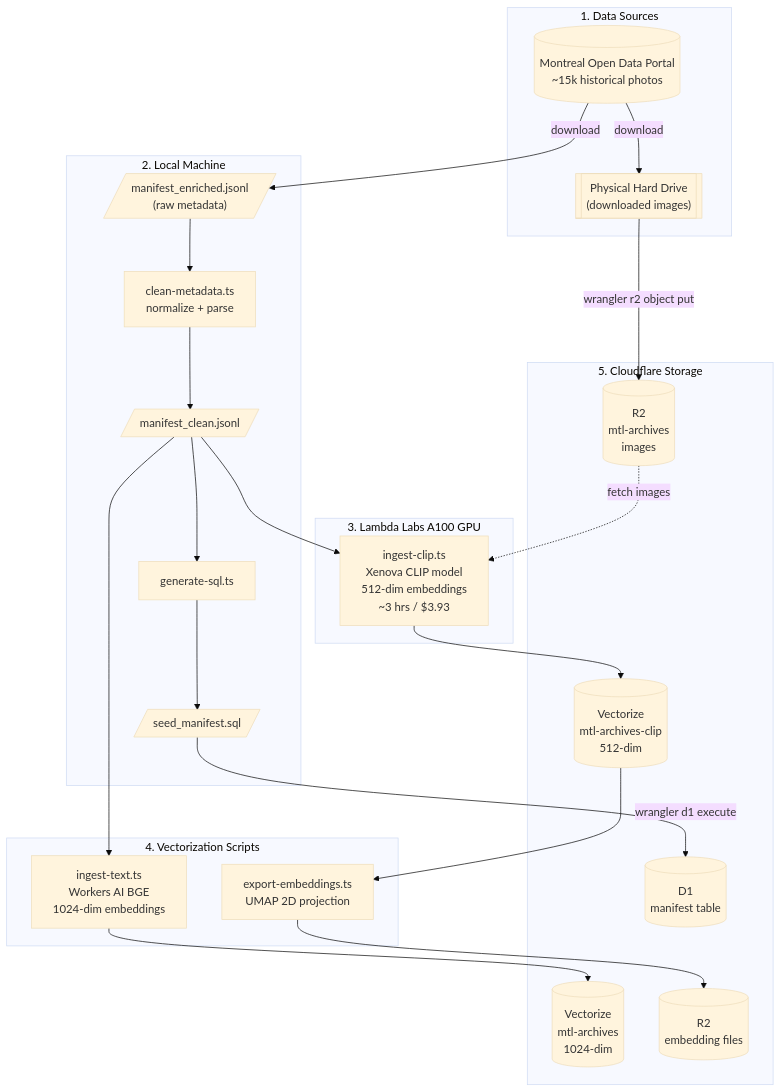
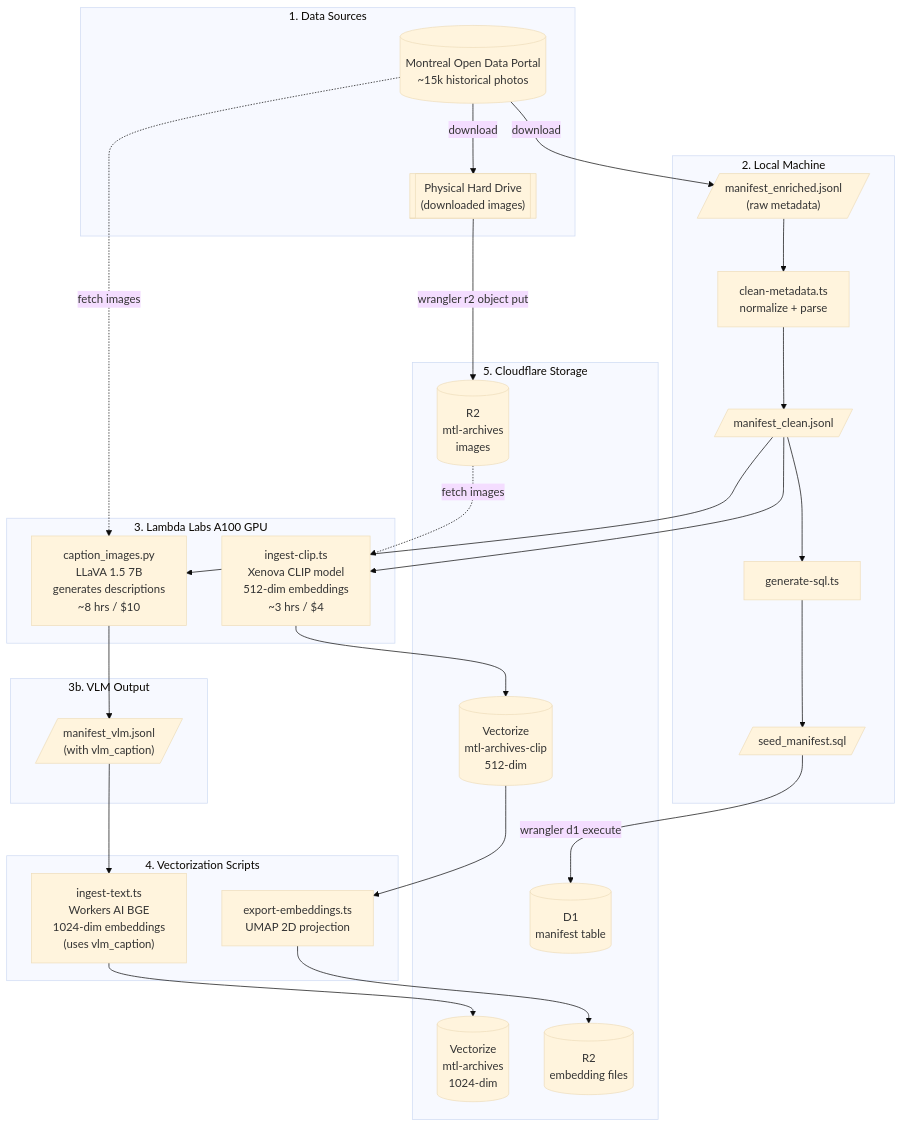
One commit to zouantchaw/mtl-archives-search changed the diagram in docs/architecture.mmd. Above: the diagram before and after it, drawn with Mermaid (base theme). The commit also changed 1 other file, not shown here.

Commit message:
Add VLM captioning for generating descriptions

```diff
--- a/docs/architecture.mmd
+++ b/docs/architecture.mmd
@@ -1,56 +1,68 @@
 %% MTL Archives Search - System Architecture
 %% Render each section separately in a Mermaid viewer
 
 %% ============================================
 %% DIAGRAM 1: ONE-TIME DATA PIPELINE
 %% ============================================
 %% Copy from "flowchart TB" to the "---" separator
 
 flowchart TB
     subgraph Sources["1. Data Sources"]
         PORTAL[("Montreal Open Data Portal<br/>~15k historical photos")]
         HDD[["Physical Hard Drive<br/>(downloaded images)"]]
     end
 
     subgraph LocalMachine["2. Local Machine"]
         MANIFEST[/"manifest_enriched.jsonl<br/>(raw metadata)"/]
         CLEAN["clean-metadata.ts<br/>normalize + parse"]
         MANIFEST_CLEAN[/"manifest_clean.jsonl"/]
         GENSQL["generate-sql.ts"]
         SEED_SQL[/"seed_manifest.sql"/]
     end
 
     subgraph GPU["3. Lambda Labs A100 GPU"]
-        CLIP_INGEST["ingest-clip.ts<br/>Xenova CLIP model<br/>512-dim embeddings<br/>~3 hrs / $3.93"]
+        VLM_CAPTION["caption_images.py<br/>LLaVA 1.5 7B<br/>generates descriptions<br/>~8 hrs / $10"]
+        CLIP_INGEST["ingest-clip.ts<br/>Xenova CLIP model<br/>512-dim embeddings<br/>~3 hrs / $4"]
+    end
+
+    subgraph VLMOutput["3b. VLM Output"]
+        MANIFEST_VLM[/"manifest_vlm.jsonl<br/>(with vlm_caption)"/]
     end
 
     subgraph Scripts["4. Vectorization Scripts"]
-        TEXT_INGEST["ingest-text.ts<br/>Workers AI BGE<br/>1024-dim embeddings"]
+        TEXT_INGEST["ingest-text.ts<br/>Workers AI BGE<br/>1024-dim embeddings<br/>(uses vlm_caption)"]
         EXPORT["export-embeddings.ts<br/>UMAP 2D projection"]
     end
 
     subgraph CF["5. Cloudflare Storage"]
         R2[("R2<br/>mtl-archives<br/>images")]
         D1[("D1<br/>manifest table")]
         VEC_BGE[("Vectorize<br/>mtl-archives<br/>1024-dim")]
         VEC_CLIP[("Vectorize<br/>mtl-archives-clip<br/>512-dim")]
         R2_EMB[("R2<br/>embedding files")]
     end
 
     %% Flow
     PORTAL -->|download| MANIFEST
     PORTAL -->|download| HDD
     HDD -->|"wrangler r2 object put"| R2
 
     MANIFEST --> CLEAN --> MANIFEST_CLEAN
     MANIFEST_CLEAN --> GENSQL --> SEED_SQL
     SEED_SQL -->|"wrangler d1 execute"| D1
 
-    MANIFEST_CLEAN --> TEXT_INGEST
+    %% VLM Captioning (for photos with synthetic descriptions)
+    MANIFEST_CLEAN --> VLM_CAPTION
+    PORTAL -.->|fetch images| VLM_CAPTION
+    VLM_CAPTION --> MANIFEST_VLM
+
+    %% Text embeddings use VLM captions
+    MANIFEST_VLM --> TEXT_INGEST
     TEXT_INGEST --> VEC_BGE
 
+    %% CLIP embeddings (visual search)
     MANIFEST_CLEAN --> CLIP_INGEST
     R2 -.->|fetch images| CLIP_INGEST
     CLIP_INGEST --> VEC_CLIP
 
     VEC_CLIP --> EXPORT --> R2_EMB
```
